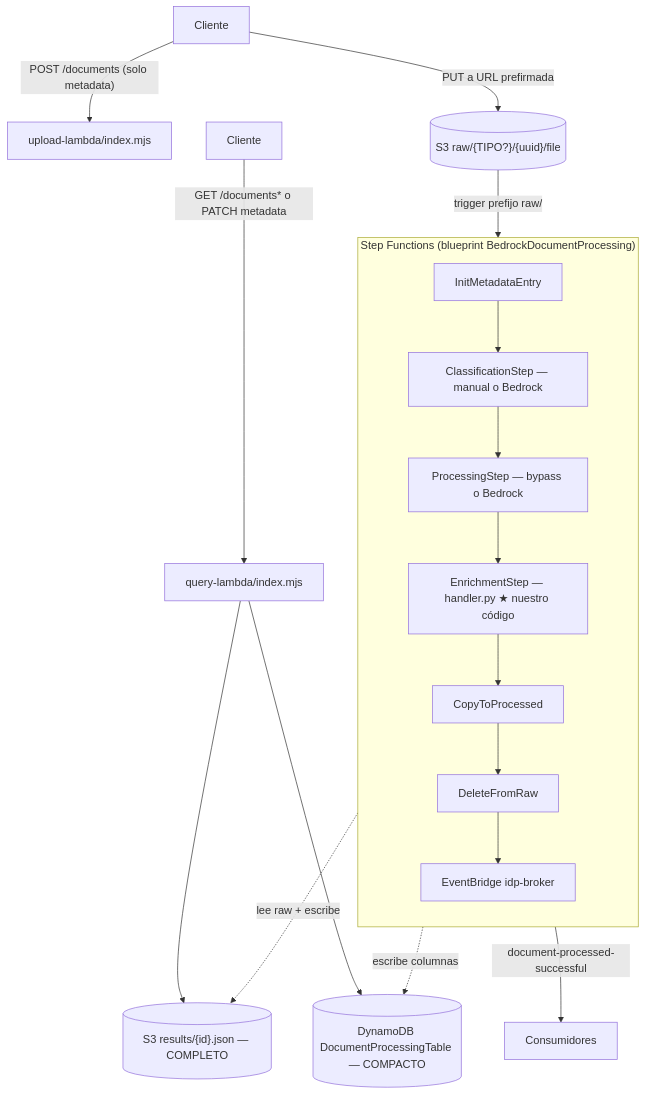
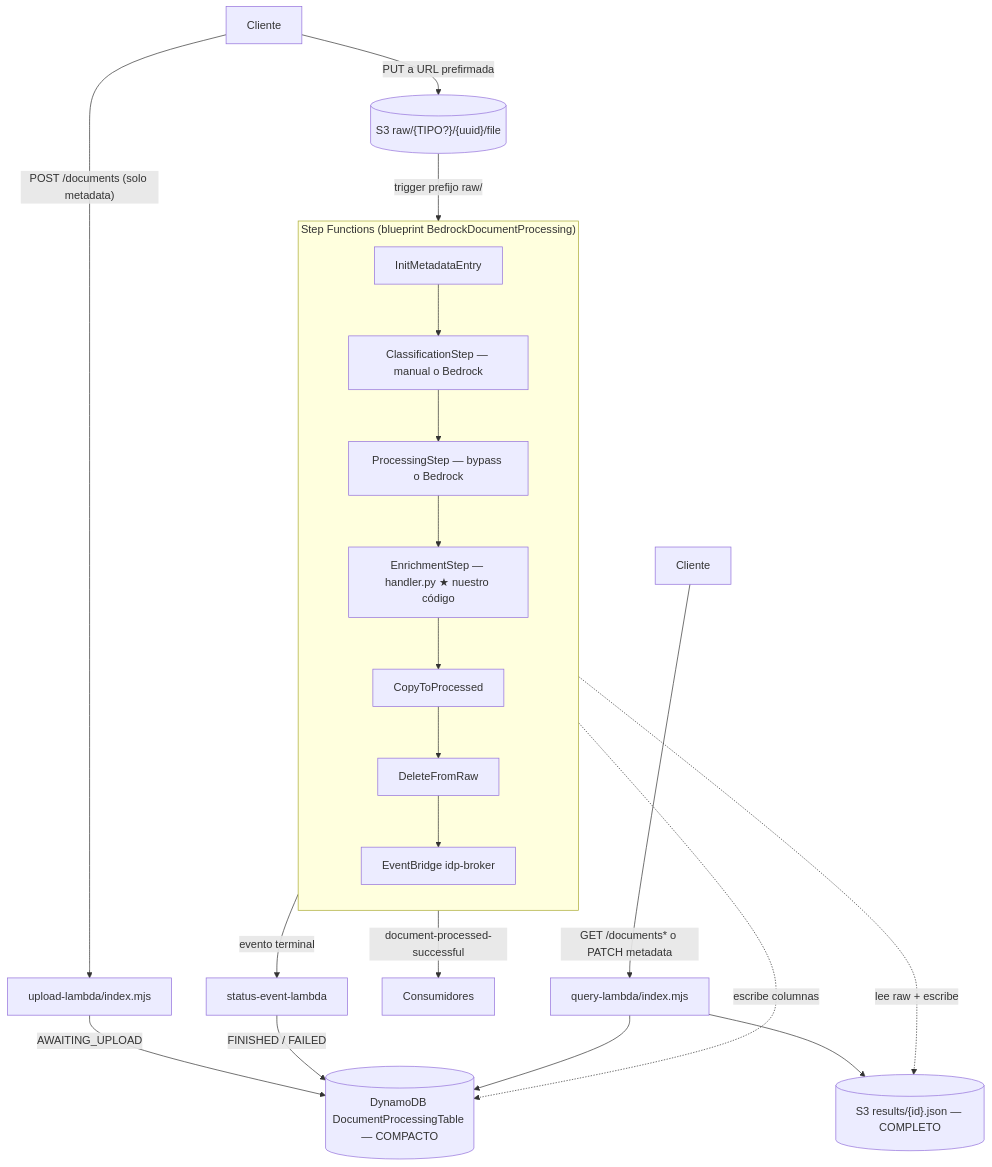
The diagram in documentacion/FLUJO_EJECUCION.md (LuisHM5/idp), drawn with Mermaid before and after one commit. The commit also changed other lines of this file and 27 other files, not shown here.

First line of the commit message:
feat: Enhance document processing lifecycle and status management

````diff
--- a/documentacion/FLUJO_EJECUCION.md
+++ b/documentacion/FLUJO_EJECUCION.md
@@ -12,22 +12,25 @@
 ```mermaid
 flowchart TD
     U[Cliente] -->|"POST /documents (solo metadata)"| UL[upload-lambda/index.mjs]
+    UL -->|"AWAITING_UPLOAD"| DDB
     U -->|"PUT a URL prefirmada"| S3RAW[("S3 raw/{TIPO?}/{uuid}/file")]
     S3RAW -->|"trigger prefijo raw/"| SFN
 
     subgraph SFN["Step Functions (blueprint BedrockDocumentProcessing)"]
       direction TB
       I[InitMetadataEntry] --> C["ClassificationStep — manual o Bedrock"]
       C --> P["ProcessingStep — bypass o Bedrock"]
       P --> E["EnrichmentStep — handler.py ★ nuestro código"]
       E --> CP[CopyToProcessed] --> DR[DeleteFromRaw] --> EB
     end
 
     E -.->|"lee raw + escribe"| S3RES[("S3 results/{id}.json — COMPLETO")]
     E -.->|"escribe columnas"| DDB[("DynamoDB DocumentProcessingTable — COMPACTO")]
-    EB[EventBridge idp-broker] -->|"document-processed-successful"| CONS[Consumidores]
+    EB[EventBridge idp-broker] -->|"evento terminal"| ST[status-event-lambda]
+    ST -->|"FINISHED / FAILED"| DDB
+    EB -->|"document-processed-successful"| CONS[Consumidores]
 
     Q[Cliente] -->|"GET /documents* o PATCH metadata"| QL[query-lambda/index.mjs]
     QL --> DDB
     QL --> S3RES
 ```
````
